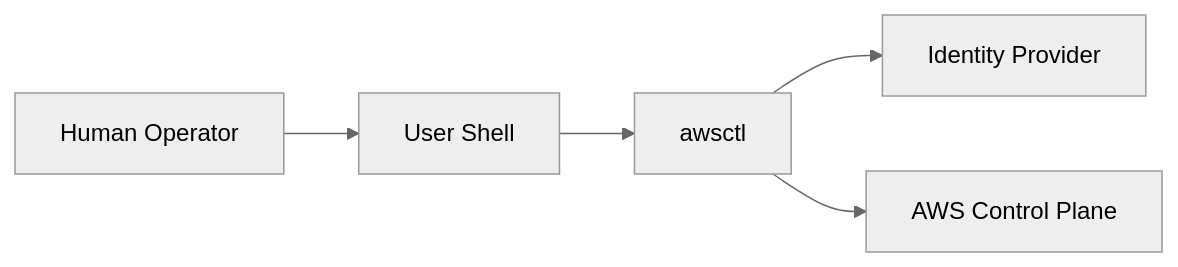
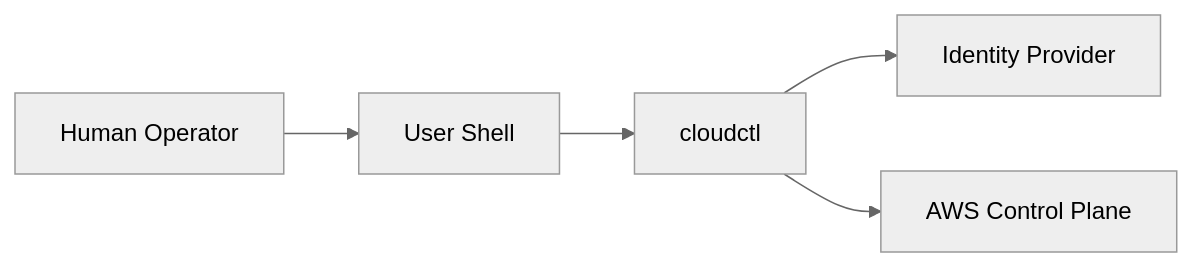
One commit to hoad-org/cloudctl changed the diagram in docs/wiki/security-overview.md. Above: the diagram before and after it, drawn with Mermaid (neutral theme). The commit also changed other lines of this file and 198 other files, not shown here.

````diff
--- a/docs/wiki/security-overview.md
+++ b/docs/wiki/security-overview.md
@@ -60,13 +60,13 @@
 ```mermaid
 flowchart LR
     Human[Human Operator]
     Shell[User Shell]
-    Awsctl[awsctl]
+    Awsctl[cloudctl]
     IdP[Identity Provider]
     AWS[AWS Control Plane]
 
     Human --> Shell
     Shell --> Awsctl
     Awsctl --> IdP
     Awsctl --> AWS
 ```
````
